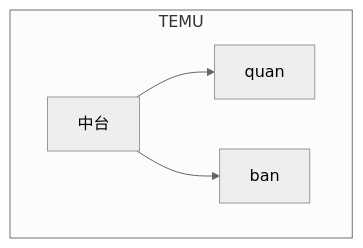
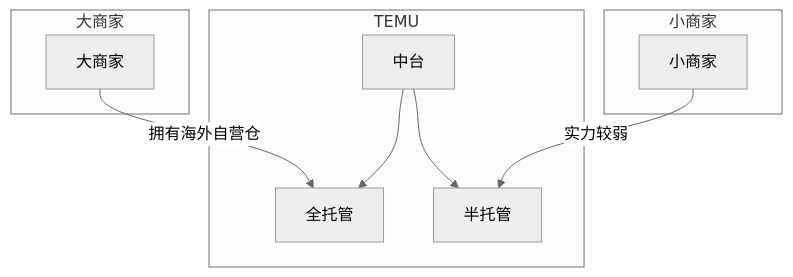
Before and after one commit to Zora0203/iodraw-files: the diagram in all/TEMU链路图.md, drawn with Mermaid (neutral theme).

Commit message:
2024-12-06 16:33:30 update

````diff
--- a/all/TEMU链路图.md
+++ b/all/TEMU链路图.md
@@ -1,11 +1,17 @@
 ```mermaid
 flowchart TB
-
-
 
 
     subgraph TEMU
     c1[中台]-->quan
     c1-->ban
     end
+        subgraph 小商家
+    a1[小商家]--实力较弱-->ban[半托管]
+    end
+
+
+    subgraph 大商家
+    b1[大商家]--拥有海外自营仓-->quan[全托管]
+    end
 ```
````
